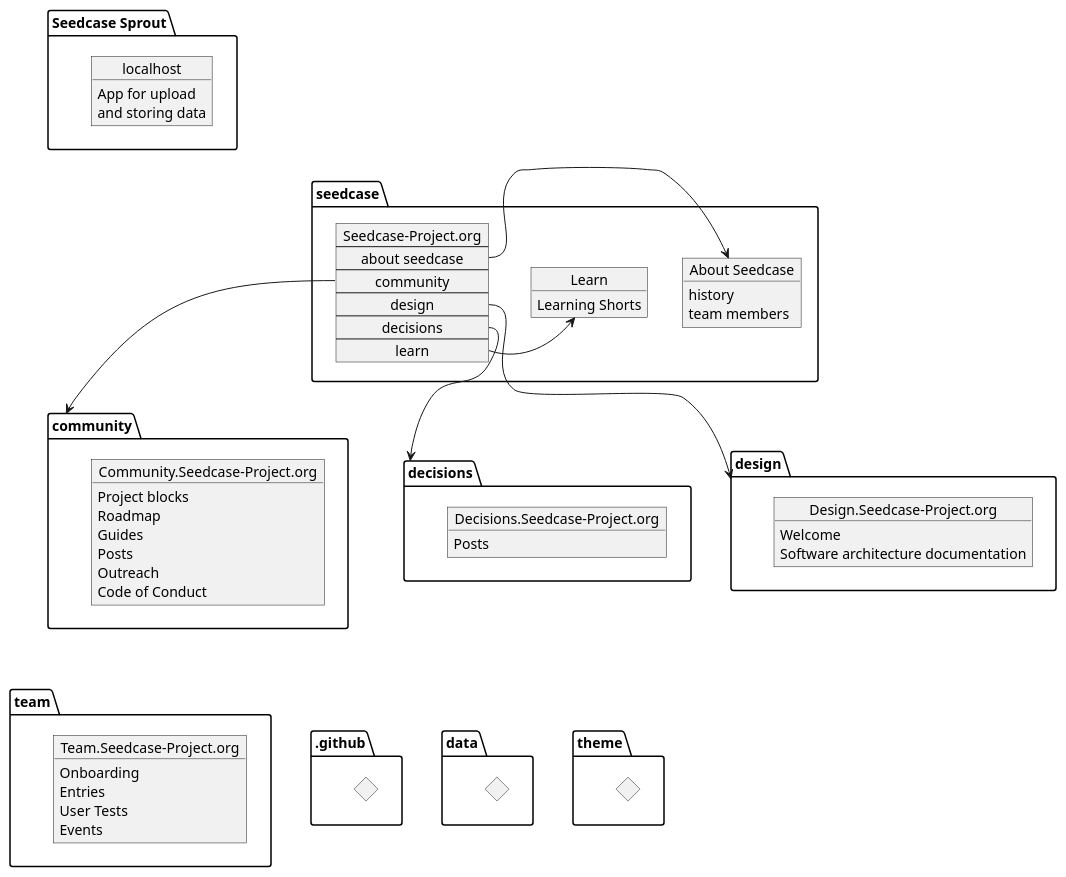
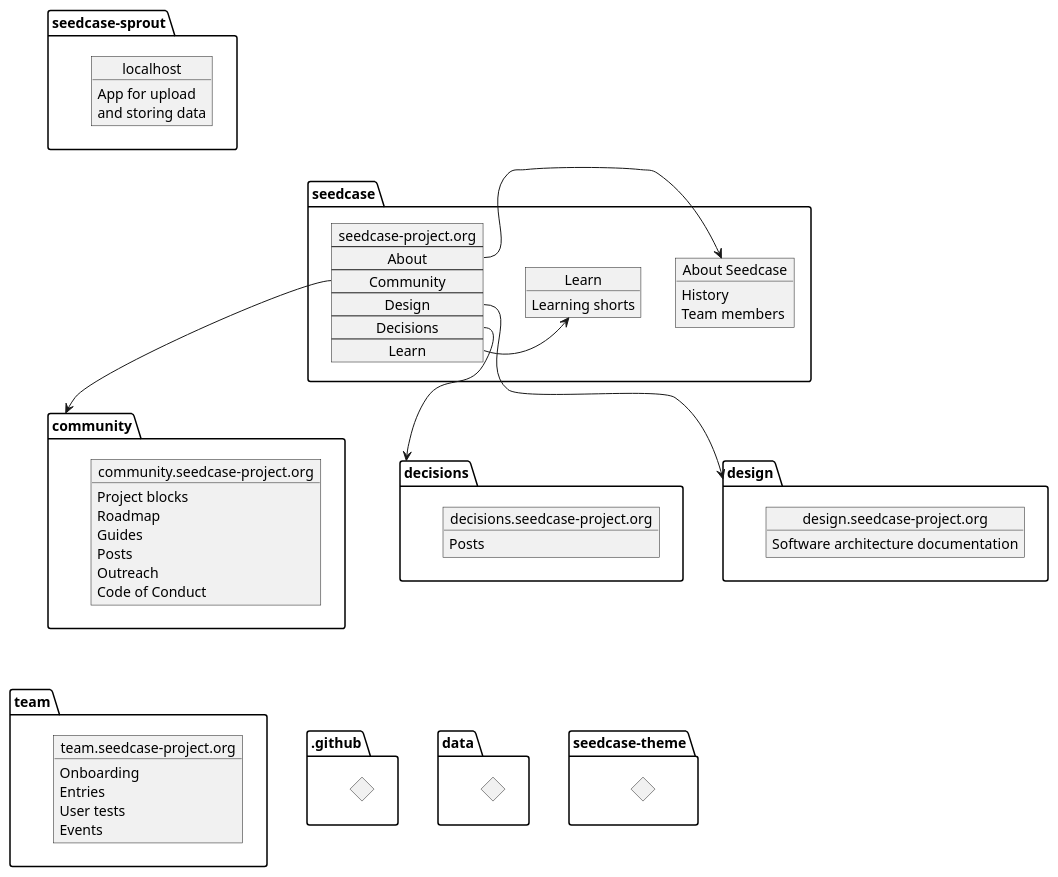
Before and after one commit to seedcase-project/team: the diagram in entries/repo-website-overview.puml, drawn with PlantUML.

Commit message:
Apply suggestions from SKB
minor style changes

```diff
--- a/entries/repo-website-overview.puml
+++ b/entries/repo-website-overview.puml
@@ -1,80 +1,79 @@
 @startuml Repos-Sites
 
   package .github as GIT {
       diamond dia1
   }
 
   package data as DAT {
       diamond dia2
   }
 
-  package theme as THE {
+  package seedcase-theme as THE {
       diamond dia3
   }
 
   package community as COM {
-      object "Community.Seedcase-Project.org" as CSP {
+      object "community.seedcase-project.org" as CSP {
         Project blocks
         Roadmap
         Guides
         Posts
         Outreach
         Code of Conduct
       }
   }
 
   package decisions as DEC {
-      object "Decisions.Seedcase-Project.org" as DeCP {
+      object "decisions.seedcase-project.org" as DeCP {
         Posts
       }
   }
 
   package design as DES {
-      object "Design.Seedcase-Project.org" as DeSP {
-        Welcome
+      object "design.seedcase-project.org" as DeSP {
         Software architecture documentation
       }
   }
 
   package team as TEA {
-      object "Team.Seedcase-Project.org" as TSP {
+      object "team.seedcase-project.org" as TSP {
         Onboarding
         Entries
-        User Tests
+        User tests
         Events
       }
   }
 
-  package "Seedcase Sprout" as SPROUT {
+  package "seedcase-sprout" as SPROUT {
       object "localhost" as SSP {
         App for upload
         and storing data 
       }
   }
 
   package seedcase {
       object "About Seedcase" as ABOUT {
-        history
-        team members 
+        History
+        Team members 
       }
 
       object "Learn" as LEA {
-        Learning Shorts
+        Learning shorts
       }
 
-      map "Seedcase-Project.org" as SP {
-        about seedcase *-> ABOUT
-        community *--> COM
-        design *--> DES
-        decisions *--> DEC
-        learn *-> LEA
+      map "seedcase-project.org" as SP {
+        About *-> ABOUT
+        Community *--> COM
+        Design *--> DES
+        Decisions *--> DEC
+        Learn *-> LEA
       }
   }  
 
 COM -[hidden]--> TEA
 DEC -[hidden]--> GIT
 DEC -[hidden]--> DAT
 DEC -[hidden]--> THE
 SPROUT -[hidden]--> COM 
 
 @enduml
```
